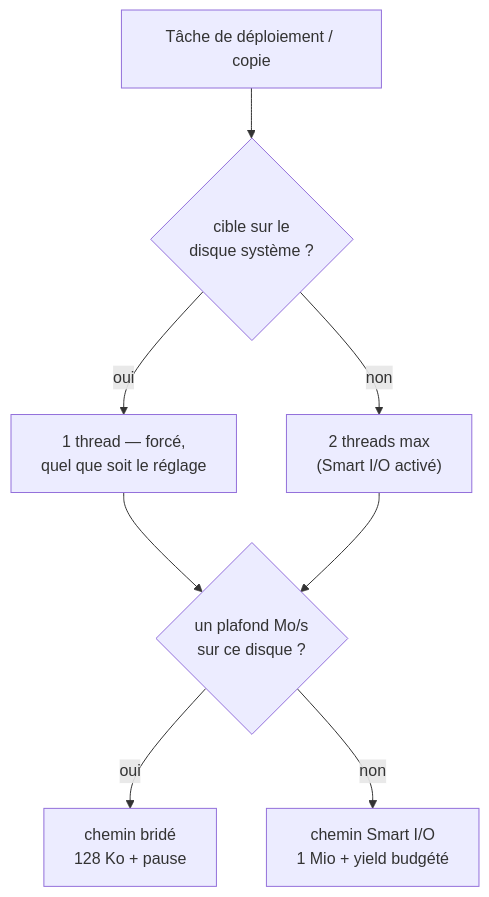
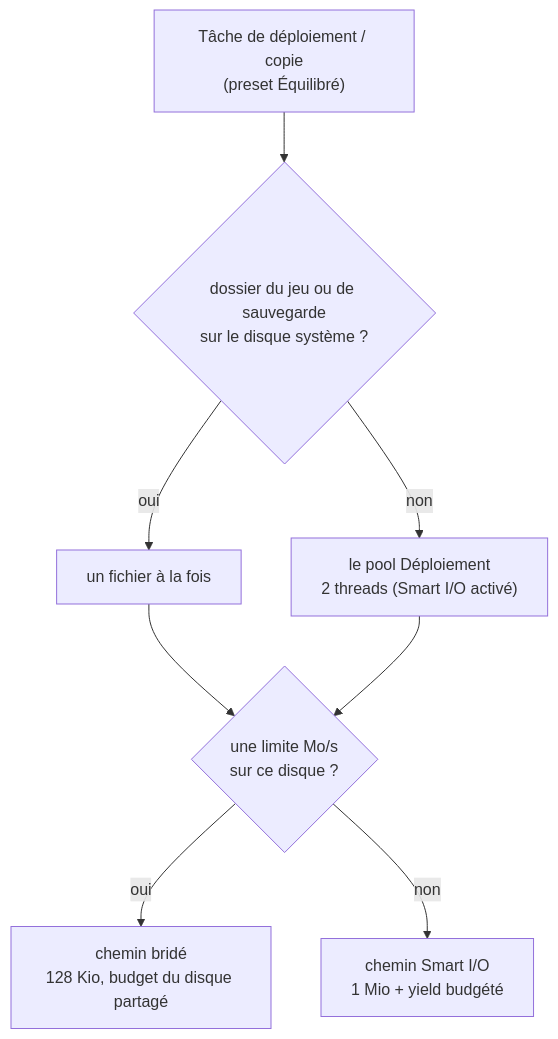
Before and after one commit to FreeProject089/BetterModsManager: the first of 2 diagrams in frontend/assets/docs/fr/how-it-works/performance.md, drawn with Mermaid. The commit also changed other lines of this file and 14 other files, not shown here.

````diff
--- a/frontend/assets/docs/fr/how-it-works/performance.md
+++ b/frontend/assets/docs/fr/how-it-works/performance.md
@@ -40,10 +43,10 @@
 ```mermaid
 flowchart TB
-    JOB["Tâche de déploiement / copie"] --> SYS{"cible sur le<br/>disque système ?"}
-    SYS -- oui --> ONE["1 thread — forcé,<br/>quel que soit le réglage"]
-    SYS -- non --> TWO["2 threads max<br/>(Smart I/O activé)"]
-    ONE --> LIM{"un plafond Mo/s<br/>sur ce disque ?"}
+    JOB["Tâche de déploiement / copie<br/>(preset Équilibré)"] --> SYS{"dossier du jeu ou de sauvegarde<br/>sur le disque système ?"}
+    SYS -- oui --> ONE["un fichier à la fois"]
+    SYS -- non --> TWO["le pool Déploiement<br/>2 threads (Smart I/O activé)"]
+    ONE --> LIM{"une limite Mo/s<br/>sur ce disque ?"}
     TWO --> LIM
-    LIM -- oui --> THR["chemin bridé<br/>128 Ko + pause"]
+    LIM -- oui --> THR["chemin bridé<br/>128 Kio, budget du disque partagé"]
     LIM -- non --> SM["chemin Smart I/O<br/>1 Mio + yield budgété"]
 ```
````
